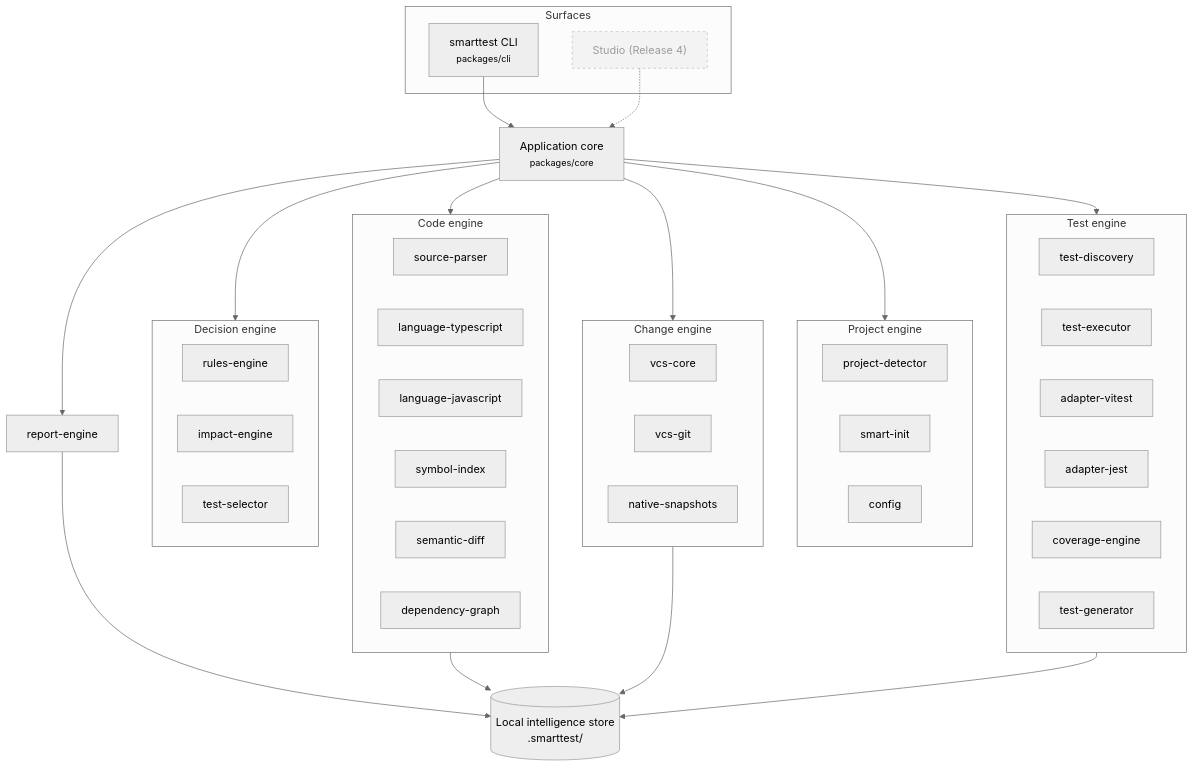
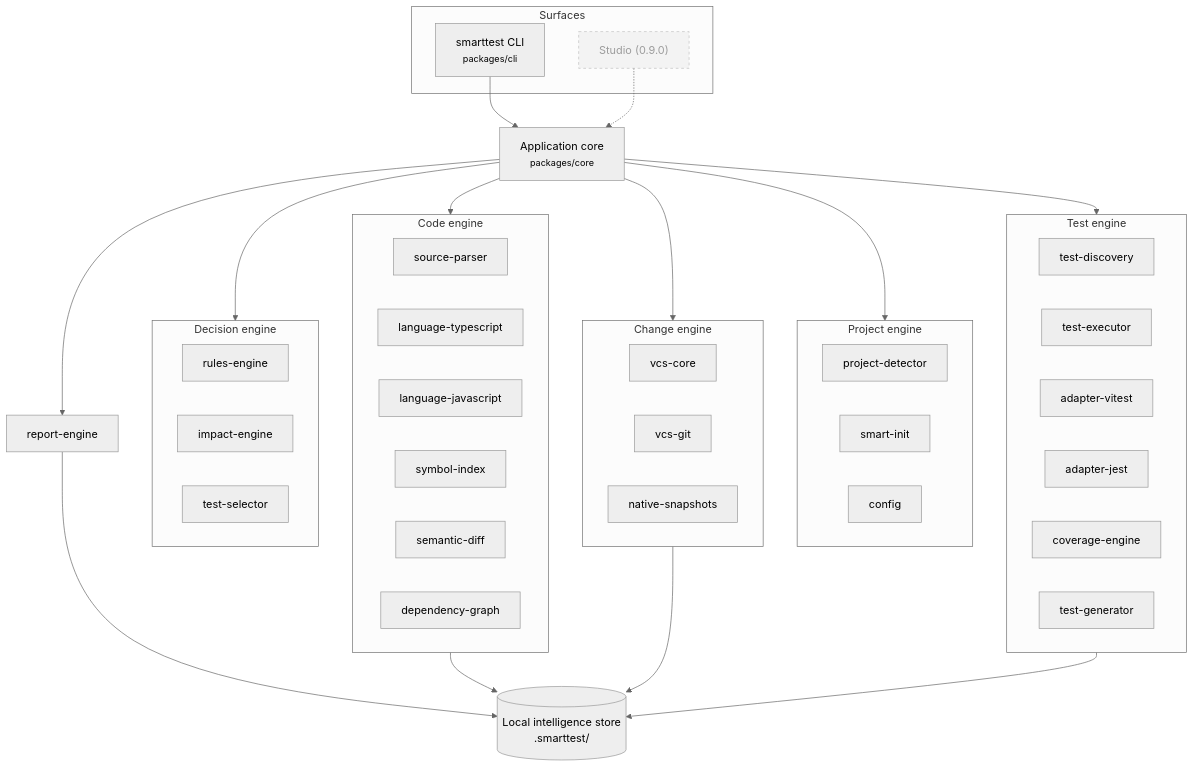
Before and after one commit to RemiPelloux/SmarttyTest: the first of 2 diagrams in documentation/architecture/overview.md, drawn with Mermaid (neutral theme). The commit also changed 90 other files, not shown here.

First line of the commit message:
docs: plain documentation, roadmap 0.2.0 to 1.0.0; ci: drop GitHub Actions for a local pre-push gate

````diff
--- a/documentation/architecture/overview.md
+++ b/documentation/architecture/overview.md
@@ -9,57 +9,57 @@
 ```mermaid
 flowchart TB
   subgraph Surface["Surfaces"]
     CLI["smarttest CLI<br/><small>packages/cli</small>"]
-    Studio["Studio (Release 4)"]:::later
+    Studio["Studio (0.9.0)"]:::later
   end
 
   CORE["Application core<br/><small>packages/core</small>"]
 
   subgraph Project["Project engine"]
     DET["project-detector"]
     INIT["smart-init"]
     CFG["config"]
   end
 
   subgraph Change["Change engine"]
     VCSCORE["vcs-core"]
     GIT["vcs-git"]
     SNAP["native-snapshots"]
   end
 
   subgraph Code["Code engine"]
     PARSER["source-parser"]
     TS["language-typescript"]
     JS["language-javascript"]
     SYM["symbol-index"]
     SEM["semantic-diff"]
     GRAPH["dependency-graph"]
   end
 
   subgraph Decide["Decision engine"]
     RULES["rules-engine"]
     IMPACT["impact-engine"]
     SEL["test-selector"]
   end
 
   subgraph Test["Test engine"]
     DISC["test-discovery"]
     EXEC["test-executor"]
     VIT["adapter-vitest"]
     JEST["adapter-jest"]
     COV["coverage-engine"]
     GEN["test-generator"]
   end
 
   REP["report-engine"]
   STORE[("Local intelligence store<br/>.smarttest/")]
 
   CLI --> CORE
   Studio -.-> CORE
   CORE --> Project & Change & Code & Decide & Test & REP
   Code --> STORE
   Change --> STORE
   Test --> STORE
   REP --> STORE
   classDef later stroke-dasharray: 4 4,opacity:0.6
 ```
````
